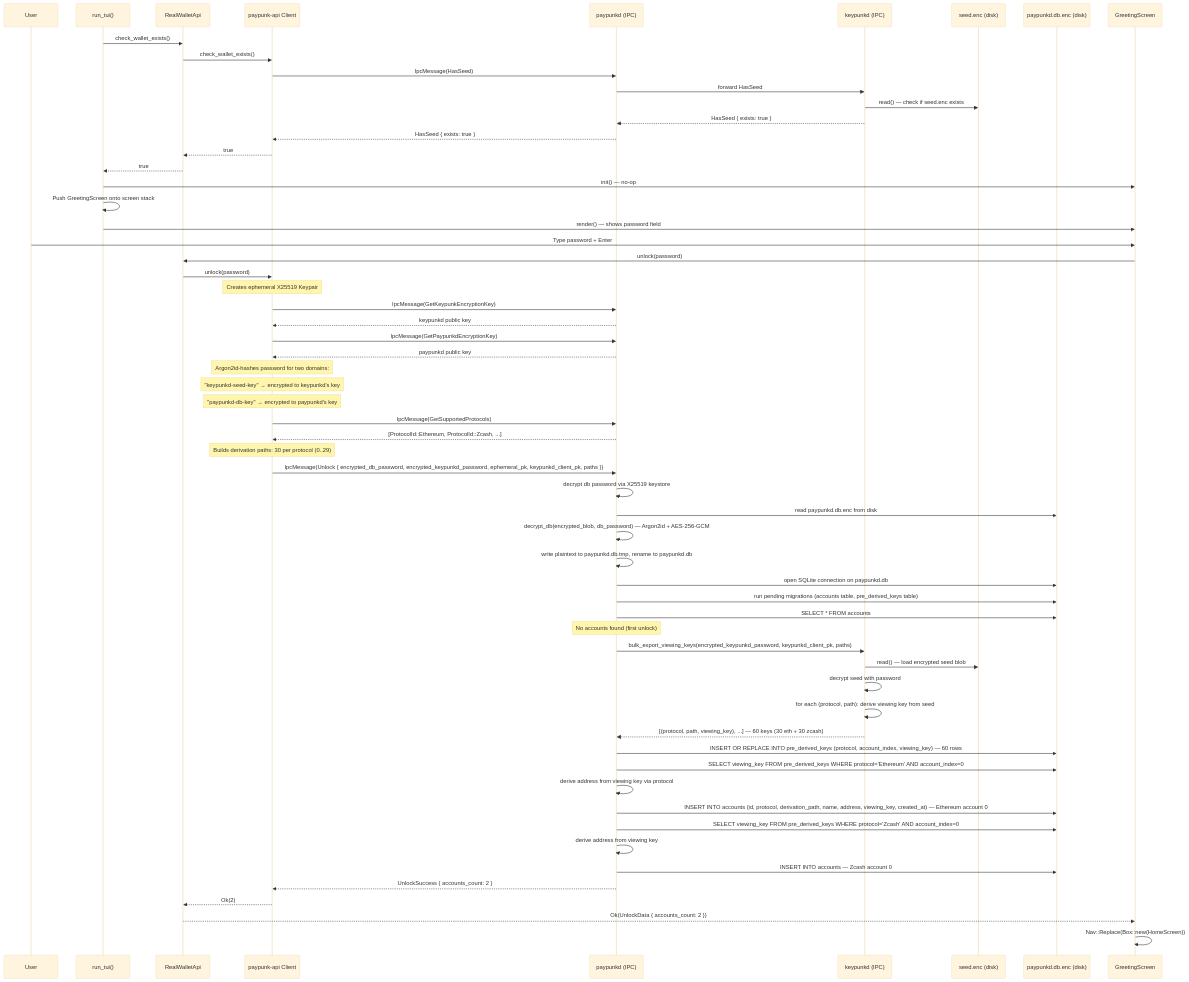
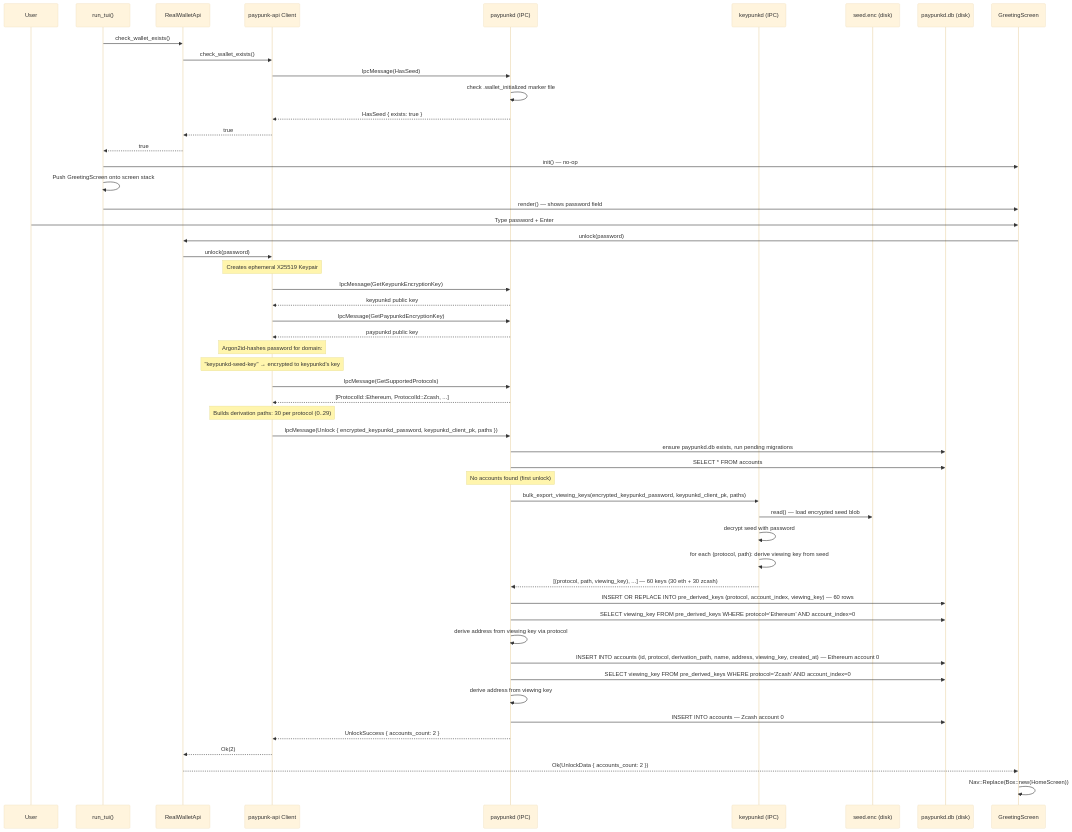
Before and after one commit to blockhackersio/paypunk: the diagram in docs/usecases/02-greeting.md, drawn with Mermaid (base theme). The commit also changed other lines of this file and 9 other files, not shown here.

````diff
--- a/docs/usecases/02-greeting.md
+++ b/docs/usecases/02-greeting.md
@@ -13,73 +13,64 @@
 ```mermaid
 sequenceDiagram
     participant U as User
     participant lib as run_tui()
     participant API as RealWalletApi
     participant Client as paypunk-api Client
     participant paypunkd as paypunkd (IPC)
     participant keypunkd as keypunkd (IPC)
     participant SeedFile as seed.enc (disk)
-    participant SQLite as paypunkd.db.enc (disk)
+    participant SQLite as paypunkd.db (disk)
 
     lib->>API: check_wallet_exists()
     API->>Client: check_wallet_exists()
     Client->>paypunkd: IpcMessage(HasSeed)
-    paypunkd->>keypunkd: forward HasSeed
-    keypunkd->>SeedFile: read() — check if seed.enc exists
-    keypunkd-->>paypunkd: HasSeed { exists: true }
+    paypunkd->>paypunkd: check .wallet_initialized marker file
     paypunkd-->>Client: HasSeed { exists: true }
     Client-->>API: true
     API-->>lib: true
 
     lib->>GreetingScreen: init() — no-op
     lib->>lib: Push GreetingScreen onto screen stack
     lib->>GreetingScreen: render() — shows password field
 
     U->>GreetingScreen: Type password + Enter
 
     GreetingScreen->>API: unlock(password)
 
     API->>Client: unlock(password)
     Note over Client: Creates ephemeral X25519 Keypair
     Client->>paypunkd: IpcMessage(GetKeypunkEncryptionKey)
     paypunkd-->>Client: keypunkd public key
     Client->>paypunkd: IpcMessage(GetPaypunkdEncryptionKey)
     paypunkd-->>Client: paypunkd public key
-    Note over Client: Argon2id-hashes password for two domains:
+    Note over Client: Argon2id-hashes password for domain:
     Note over Client: "keypunkd-seed-key" → encrypted to keypunkd's key
-    Note over Client: "paypunkd-db-key" → encrypted to paypunkd's key
     Client->>paypunkd: IpcMessage(GetSupportedProtocols)
     paypunkd-->>Client: [ProtocolId::Ethereum, ProtocolId::Zcash, ...]
     Note over Client: Builds derivation paths: 30 per protocol (0..29)
 
-    Client->>paypunkd: IpcMessage(Unlock { encrypted_db_password, encrypted_keypunkd_password, ephemeral_pk, keypunkd_client_pk, paths })
+    Client->>paypunkd: IpcMessage(Unlock { encrypted_keypunkd_password, keypunkd_client_pk, paths })
 
-    paypunkd->>paypunkd: decrypt db password via X25519 keystore
-    paypunkd->>SQLite: read paypunkd.db.enc from disk
-    paypunkd->>paypunkd: decrypt_db(encrypted_blob, db_password) — Argon2id + AES-256-GCM
-    paypunkd->>paypunkd: write plaintext to paypunkd.db.tmp, rename to paypunkd.db
-    paypunkd->>SQLite: open SQLite connection on paypunkd.db
-    paypunkd->>SQLite: run pending migrations (accounts table, pre_derived_keys table)
-
+    paypunkd->>SQLite: ensure paypunkd.db exists, run pending migrations
     paypunkd->>SQLite: SELECT * FROM accounts
     Note over paypunkd: No accounts found (first unlock)
 
     paypunkd->>keypunkd: bulk_export_viewing_keys(encrypted_keypunkd_password, keypunkd_client_pk, paths)
     keypunkd->>SeedFile: read() — load encrypted seed blob
     keypunkd->>keypunkd: decrypt seed with password
     keypunkd->>keypunkd: for each (protocol, path): derive viewing key from seed
     keypunkd-->>paypunkd: [(protocol, path, viewing_key), ...] — 60 keys (30 eth + 30 zcash)
 
     paypunkd->>SQLite: INSERT OR REPLACE INTO pre_derived_keys (protocol, account_index, viewing_key) — 60 rows
     paypunkd->>SQLite: SELECT viewing_key FROM pre_derived_keys WHERE protocol='Ethereum' AND account_index=0
     paypunkd->>paypunkd: derive address from viewing key via protocol
     paypunkd->>SQLite: INSERT INTO accounts (id, protocol, derivation_path, name, address, viewing_key, created_at) — Ethereum account 0
     paypunkd->>SQLite: SELECT viewing_key FROM pre_derived_keys WHERE protocol='Zcash' AND account_index=0
     paypunkd->>paypunkd: derive address from viewing key
     paypunkd->>SQLite: INSERT INTO accounts — Zcash account 0
     paypunkd-->>Client: UnlockSuccess { accounts_count: 2 }
     Client-->>API: Ok(2)
     API-->>GreetingScreen: Ok(UnlockData { accounts_count: 2 })
 
     GreetingScreen->>GreetingScreen: Nav::Replace(Box::new(HomeScreen))
 ```
````
